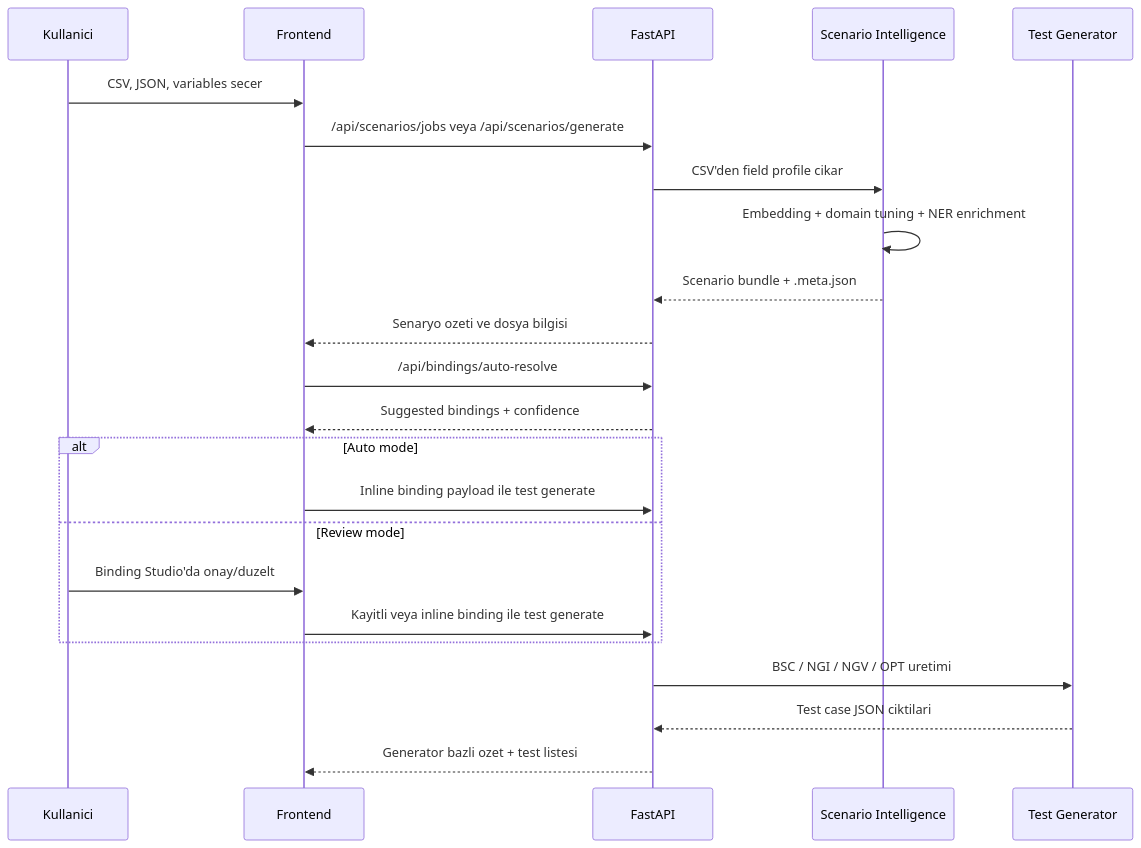
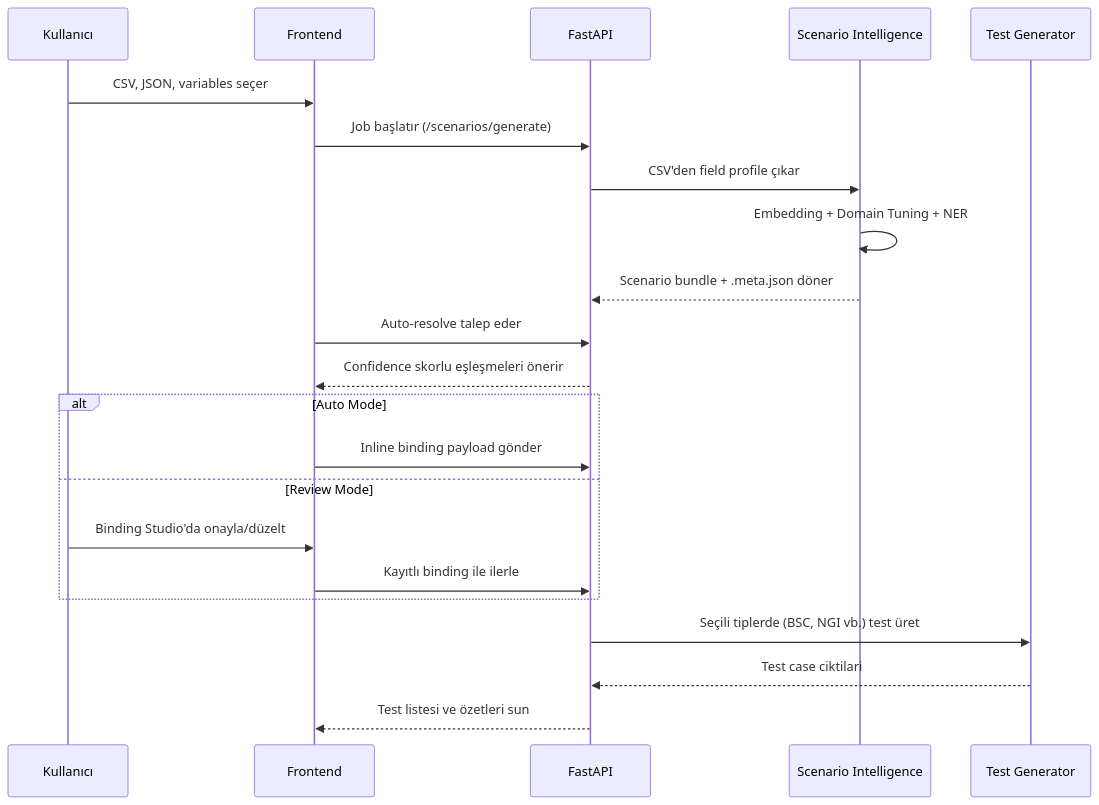
Before and after one commit to Atakan-Emre/TestGen-AI: the second of 2 diagrams in README.md, drawn with Mermaid. The commit also changed other lines of this file and 1 other file, not shown here.

Commit message:
Add logo SVG file for TestGen AI branding

````diff
--- a/README.md
+++ b/README.md
@@ -126,29 +91,28 @@
 ```mermaid
 sequenceDiagram
-    participant User as Kullanici
+    participant User as Kullanıcı
     participant FE as Frontend
     participant API as FastAPI
     participant NLP as Scenario Intelligence
     participant GEN as Test Generator
 
-    User->>FE: CSV, JSON, variables secer
-    FE->>API: /api/scenarios/jobs veya /api/scenarios/generate
-    API->>NLP: CSV'den field profile cikar
-    NLP->>NLP: Embedding + domain tuning + NER enrichment
-    NLP-->>API: Scenario bundle + .meta.json
-    API-->>FE: Senaryo ozeti ve dosya bilgisi
+    User->>FE: CSV, JSON, variables seçer
+    FE->>API: Job başlatır (/scenarios/generate)
+    API->>NLP: CSV'den field profile çıkar
+    NLP->>NLP: Embedding + Domain Tuning + NER
+    NLP-->>API: Scenario bundle + .meta.json döner
+    
+    FE->>API: Auto-resolve talep eder
+    API-->>FE: Confidence skorlu eşleşmeleri önerir
 
-    FE->>API: /api/bindings/auto-resolve
-    API-->>FE: Suggested bindings + confidence
-
-    alt Auto mode
-        FE->>API: Inline binding payload ile test generate
-    else Review mode
-        User->>FE: Binding Studio'da onay/duzelt
-        FE->>API: Kayitli veya inline binding ile test generate
+    alt Auto Mode
+        FE->>API: Inline binding payload gönder
+    else Review Mode
+        User->>FE: Binding Studio'da onayla/düzelt
+        FE->>API: Kayıtlı binding ile ilerle
     end
 
-    API->>GEN: BSC / NGI / NGV / OPT uretimi
-    GEN-->>API: Test case JSON ciktilari
-    API-->>FE: Generator bazli ozet + test listesi
+    API->>GEN: Seçili tiplerde (BSC, NGI vb.) test üret
+    GEN-->>API: Test case ciktilari
+    API-->>FE: Test listesi ve özetleri sun
 ```
````
